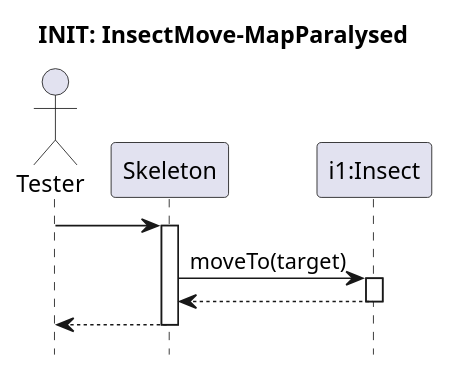
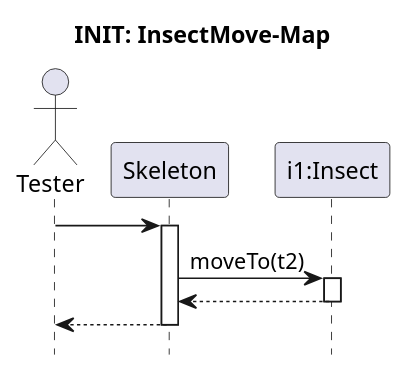
Before and after one commit to ZD4ve/projlab-error521: the diagram in Skeleton/Insect-move/paralysed.pu, drawn with PlantUML. The commit also changed 4 other files, not shown here.

Commit message:
Insect move: more progress, maybe complete

```diff
--- a/Skeleton/Insect-move/paralysed.pu
+++ b/Skeleton/Insect-move/paralysed.pu
@@ -1,18 +1,18 @@
 @startuml Insect-move/paralysed
 hide footbox
 
-title INIT: InsectMove-MapParalysed
+title INIT: InsectMove-Map
 
 actor Tester
 'TODO: Skeleton neve :Skeleton vagy csak Skeleton?
 participant Skeleton
 participant "i1:Insect" as insect
 
 'TODO: test case neve
 Tester -> Skeleton 
 activate Skeleton
-Skeleton -> insect : moveTo(target)
+Skeleton -> insect : moveTo(t2)
 activate insect
 return
 return
 @enduml
```
